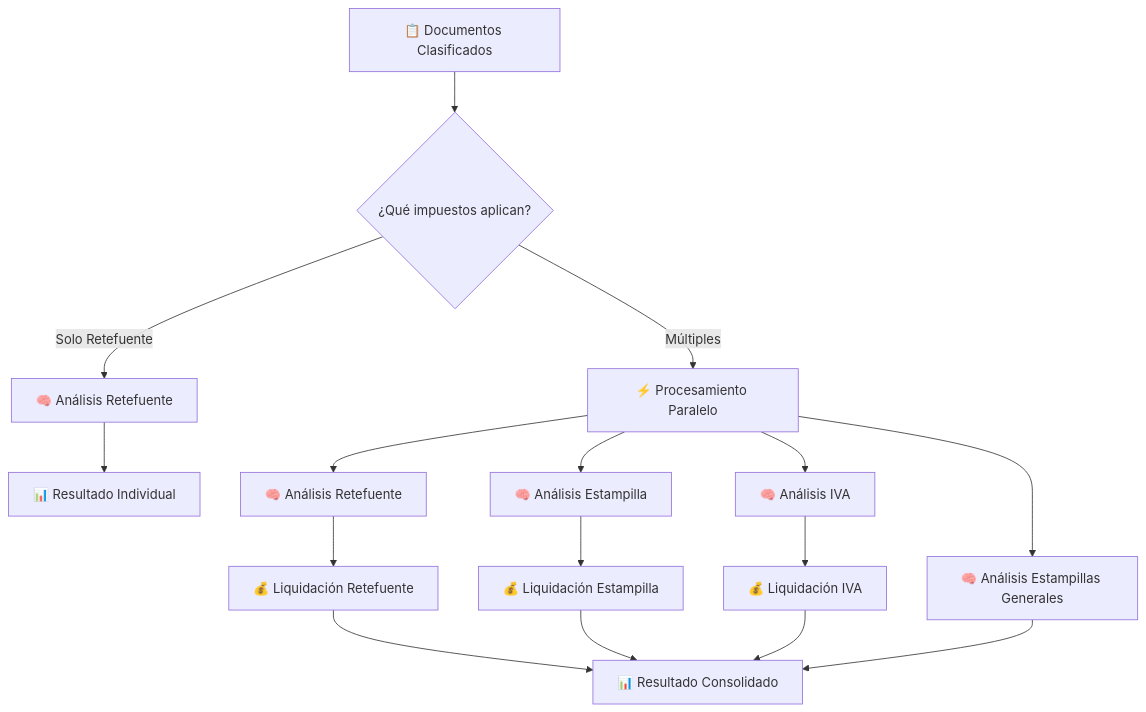
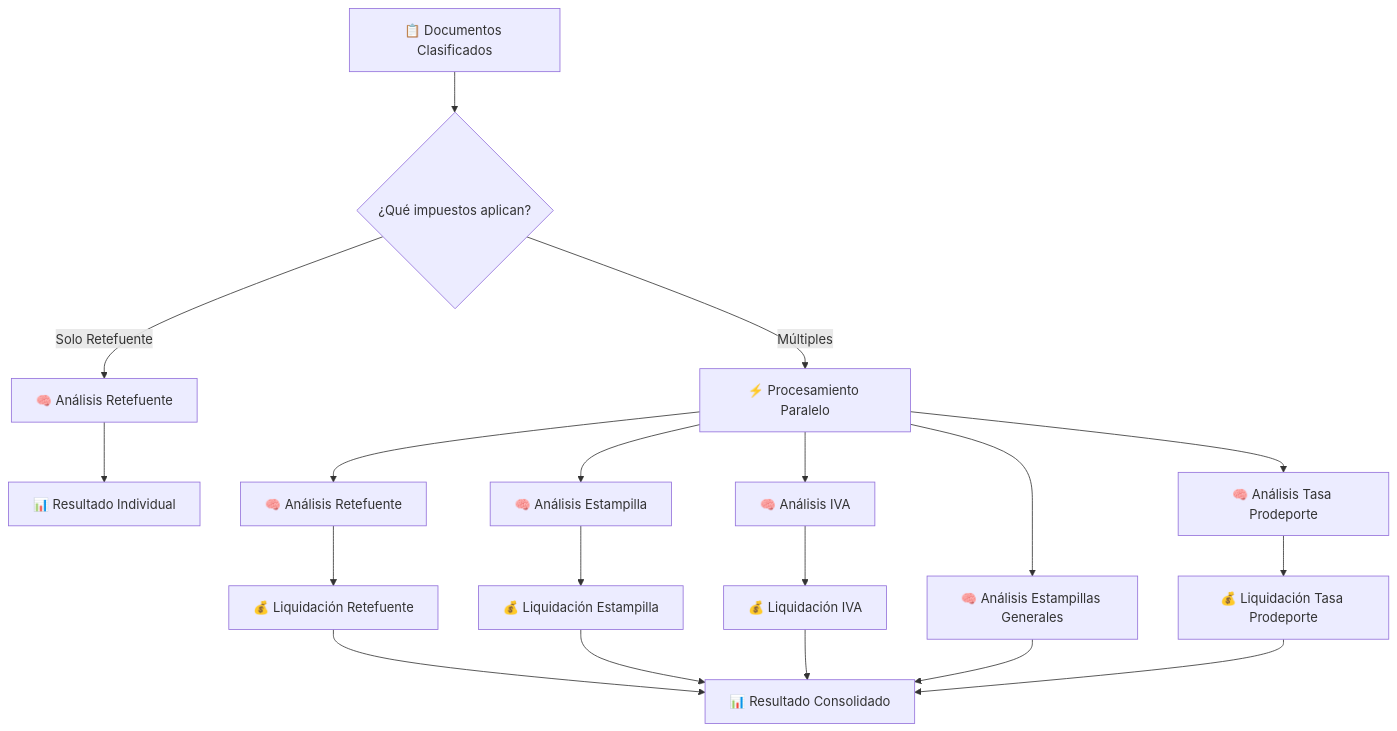
One commit to nexuraintl/mod_preliquidador changed the third of 4 diagrams in README.md. Above: the diagram before and after it, drawn with Mermaid. The commit also changed other lines of this file and 7 other files, not shown here.

Commit message:
Tasa Prodeporte finalizada - ajustes sobre el filtrafo para los nits y codigos de negocios que aplican para obra publica y estampilla universidad nacional

````diff
--- a/README.md
+++ b/README.md
@@ -931,21 +931,24 @@
 ```mermaid
 graph TD
     A[📋 Documentos Clasificados] --> B{¿Qué impuestos aplican?}
     B -->|Solo Retefuente| C[🧠 Análisis Retefuente]
     B -->|Múltiples| D[⚡ Procesamiento Paralelo]
-    
+
     D --> E[🧠 Análisis Retefuente]
     D --> F[🧠 Análisis Estampilla]
     D --> G[🧠 Análisis IVA]
     D --> H[🧠 Análisis Estampillas Generales]
-    
+    D --> N[🧠 Análisis Tasa Prodeporte]
+
     E --> I[💰 Liquidación Retefuente]
     F --> J[💰 Liquidación Estampilla]
     G --> K[💰 Liquidación IVA]
-    
+    N --> O[💰 Liquidación Tasa Prodeporte]
+
     C --> L[📊 Resultado Individual]
     I --> M[📊 Resultado Consolidado]
     J --> M
     K --> M
     H --> M
+    O --> M
 ```
````
